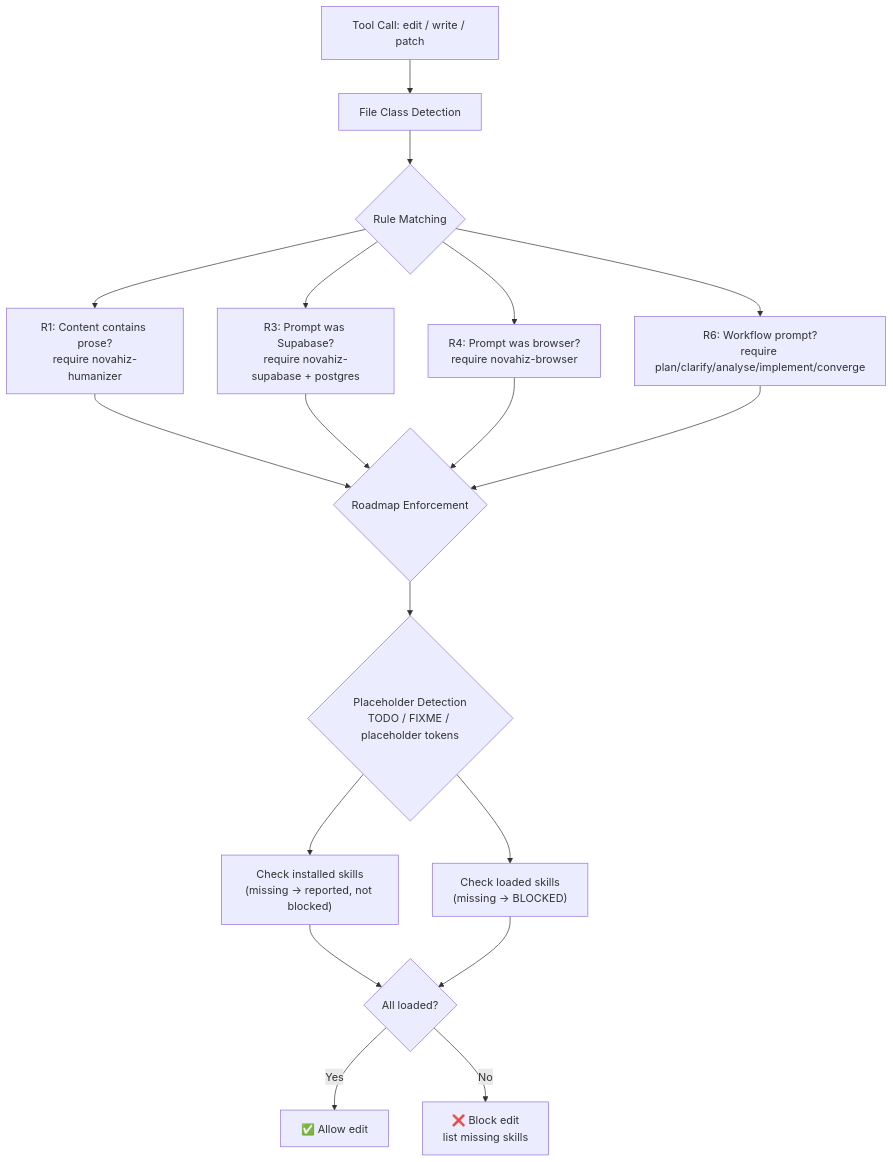
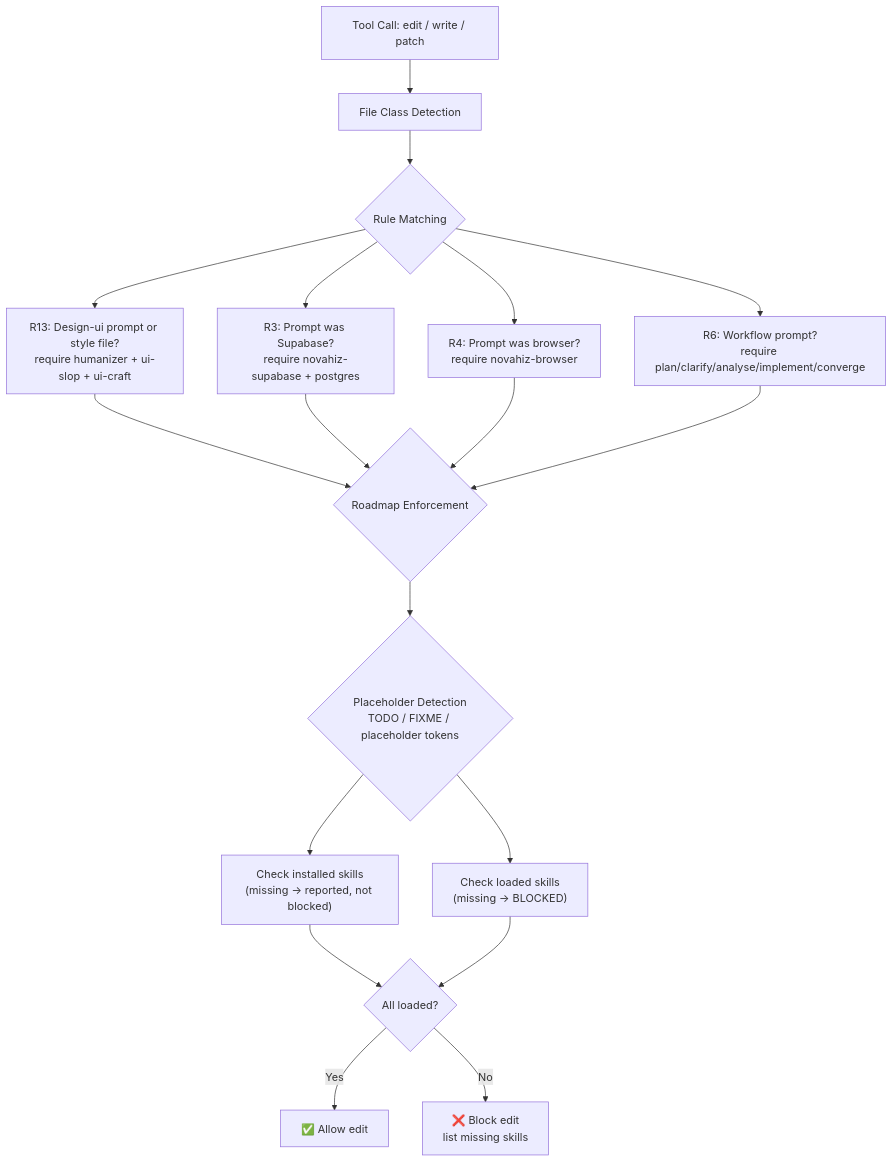
Before and after one commit to novahiz/novahiz: the second of 4 diagrams in README.md, drawn with Mermaid. The commit also changed other lines of this file and 24 other files, not shown here.

First line of the commit message:
feat: require design skills only under R13

````diff
--- a/README.md
+++ b/README.md
@@ -119,26 +119,26 @@
 ```mermaid
 flowchart TD
     A[Tool Call: edit / write / patch] --> B[File Class Detection]
     B --> C{Rule Matching}
     
-    C --> D[R1: Content contains prose?<br/>require novahiz-humanizer]
+    C --> D[R13: Design-ui prompt or style file?<br/>require humanizer + ui-slop + ui-craft]
     C --> F[R3: Prompt was Supabase?<br/>require novahiz-supabase + postgres]
     C --> G[R4: Prompt was browser?<br/>require novahiz-browser]
     C --> H[R6: Workflow prompt?<br/>require plan/clarify/analyse/implement/converge]
     
     D --> I{Roadmap Enforcement}
     F --> I
     G --> I
     H --> I
     
     I --> J{Placeholder Detection<br/>TODO / FIXME / placeholder tokens}
     
     J --> K["Check installed skills<br/>(missing → reported, not blocked)"]
     J --> L["Check loaded skills<br/>(missing → BLOCKED)"]
     
     K --> M{All loaded?}
     L --> M
     
     M -->|Yes| N[✅ Allow edit]
     M -->|No| O[❌ Block edit<br/>list missing skills]
 ```
````
